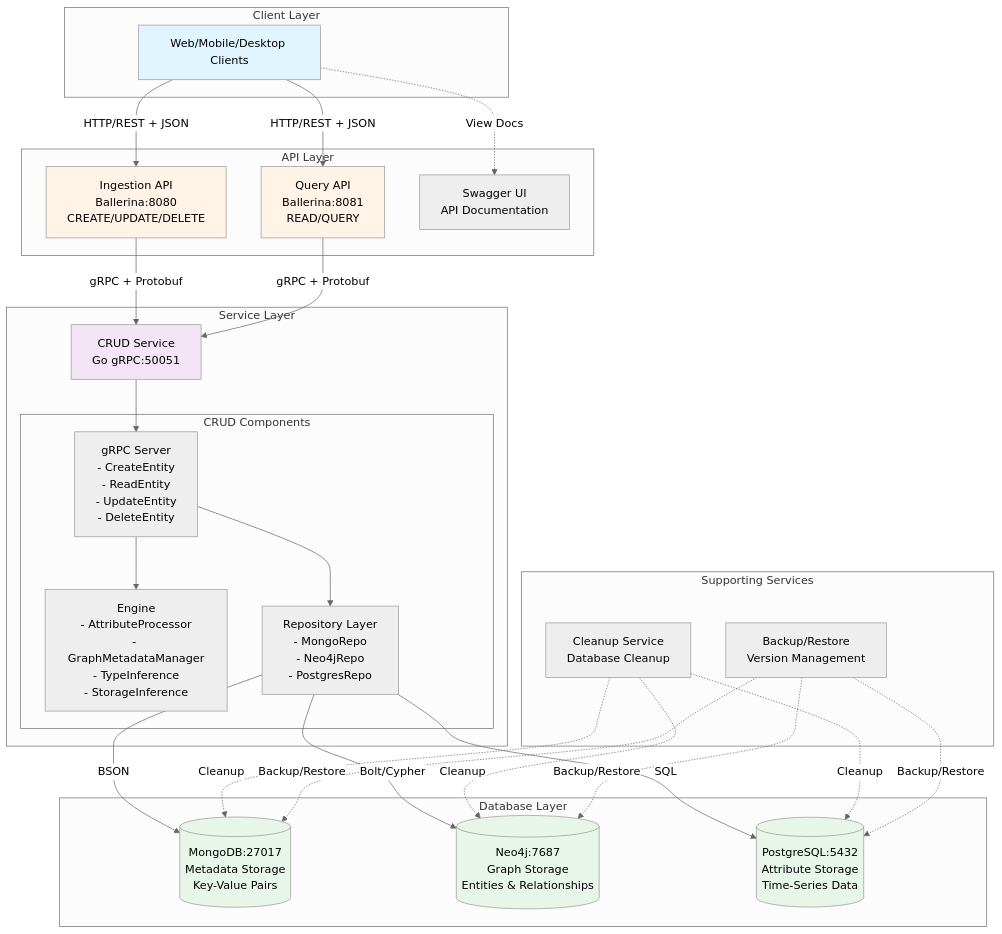
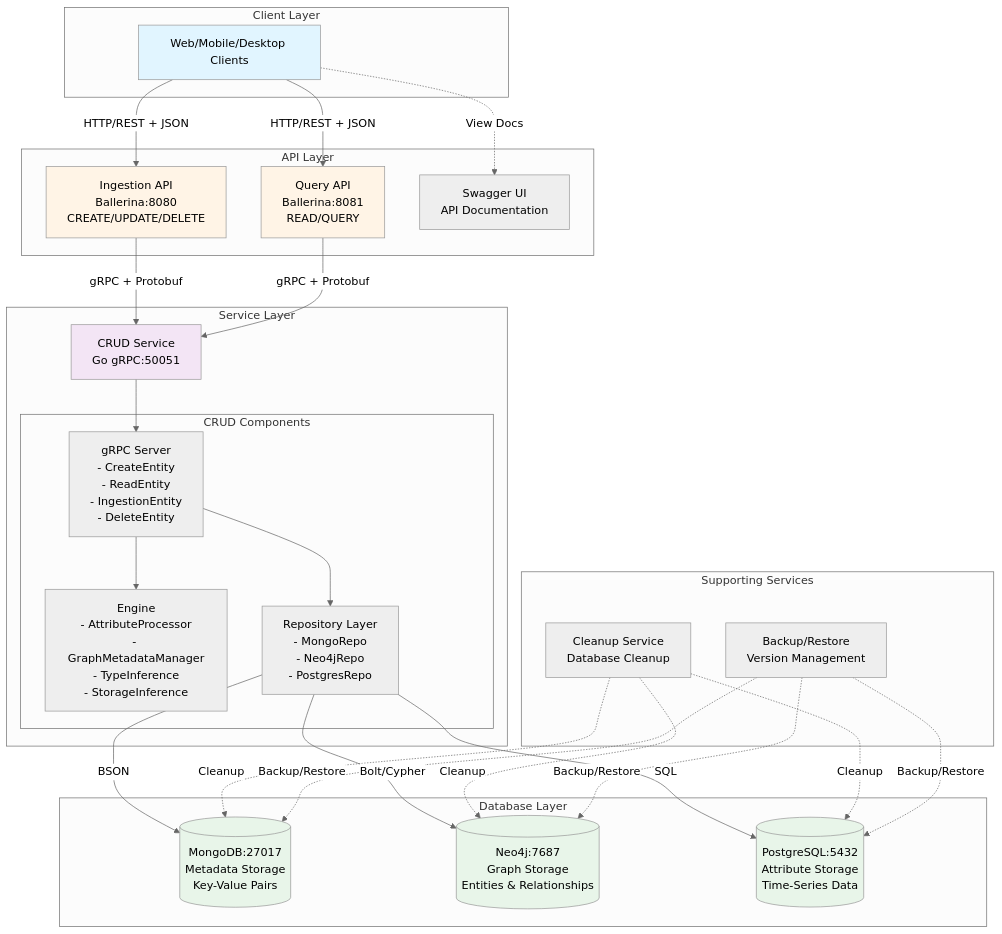
One commit to LDFLK/nexoan changed the first of 10 diagrams in docs/architecture/diagrams.md. Above: the diagram before and after it, drawn with Mermaid (neutral theme). The commit also changed other lines of this file and 18 other files, not shown here.

````diff
--- a/docs/architecture/diagrams.md
+++ b/docs/architecture/diagrams.md
@@ -9,64 +9,64 @@
 ```mermaid
 graph TB
     subgraph "Client Layer"
         Client[Web/Mobile/Desktop Clients]
     end
     
     subgraph "API Layer"
-        UpdateAPI[Ingestion API<br/>Ballerina:8080<br/>CREATE/UPDATE/DELETE]
+        IngestionAPI[Ingestion API<br/>Ballerina:8080<br/>CREATE/UPDATE/DELETE]
         QueryAPI[Query API<br/>Ballerina:8081<br/>READ/QUERY]
         SwaggerUI[Swagger UI<br/>API Documentation]
     end
     
     subgraph "Service Layer"
         CRUD[CRUD Service<br/>Go gRPC:50051]
         
         subgraph "CRUD Components"
-            Server[gRPC Server<br/>- CreateEntity<br/>- ReadEntity<br/>- UpdateEntity<br/>- DeleteEntity]
+            Server[gRPC Server<br/>- CreateEntity<br/>- ReadEntity<br/>- IngestionEntity<br/>- DeleteEntity]
             Engine[Engine<br/>- AttributeProcessor<br/>- GraphMetadataManager<br/>- TypeInference<br/>- StorageInference]
             Repos[Repository Layer<br/>- MongoRepo<br/>- Neo4jRepo<br/>- PostgresRepo]
         end
     end
     
     subgraph "Database Layer"
         MongoDB[(MongoDB:27017<br/>Metadata Storage<br/>Key-Value Pairs)]
         Neo4j[(Neo4j:7687<br/>Graph Storage<br/>Entities & Relationships)]
         PostgreSQL[(PostgreSQL:5432<br/>Attribute Storage<br/>Time-Series Data)]
     end
     
     subgraph "Supporting Services"
         Cleanup[Cleanup Service<br/>Database Cleanup]
         Backup[Backup/Restore<br/>Version Management]
     end
     
-    Client -->|HTTP/REST + JSON| UpdateAPI
+    Client -->|HTTP/REST + JSON| IngestionAPI
     Client -->|HTTP/REST + JSON| QueryAPI
     Client -.->|View Docs| SwaggerUI
     
-    UpdateAPI -->|gRPC + Protobuf| CRUD
+    IngestionAPI -->|gRPC + Protobuf| CRUD
     QueryAPI -->|gRPC + Protobuf| CRUD
     
     CRUD --> Server
     Server --> Engine
     Server --> Repos
     
     Repos -->|BSON| MongoDB
     Repos -->|Bolt/Cypher| Neo4j
     Repos -->|SQL| PostgreSQL
     
     Cleanup -.->|Cleanup| MongoDB
     Cleanup -.->|Cleanup| Neo4j
     Cleanup -.->|Cleanup| PostgreSQL
     
     Backup -.->|Backup/Restore| MongoDB
     Backup -.->|Backup/Restore| Neo4j
     Backup -.->|Backup/Restore| PostgreSQL
     
     style Client fill:#e1f5ff
-    style UpdateAPI fill:#fff4e6
+    style IngestionAPI fill:#fff4e6
     style QueryAPI fill:#fff4e6
     style CRUD fill:#f3e5f5
     style MongoDB fill:#e8f5e9
     style Neo4j fill:#e8f5e9
     style PostgreSQL fill:#e8f5e9
 ```
````
